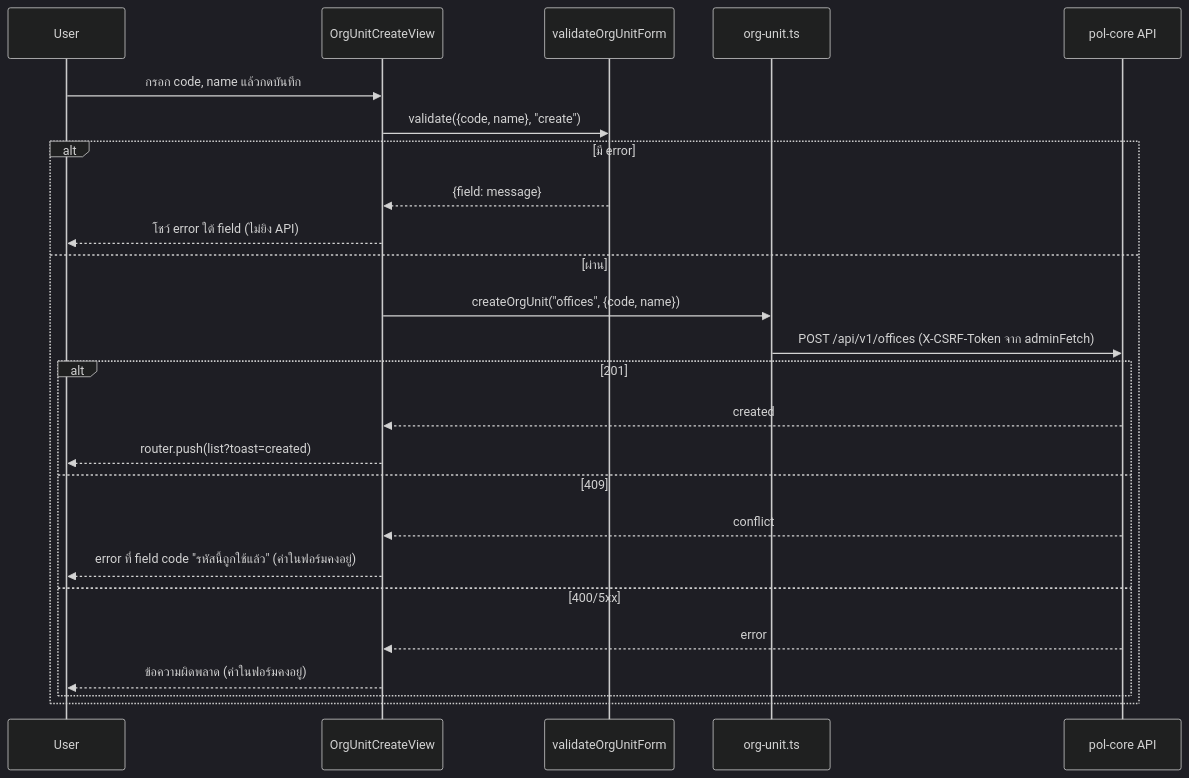
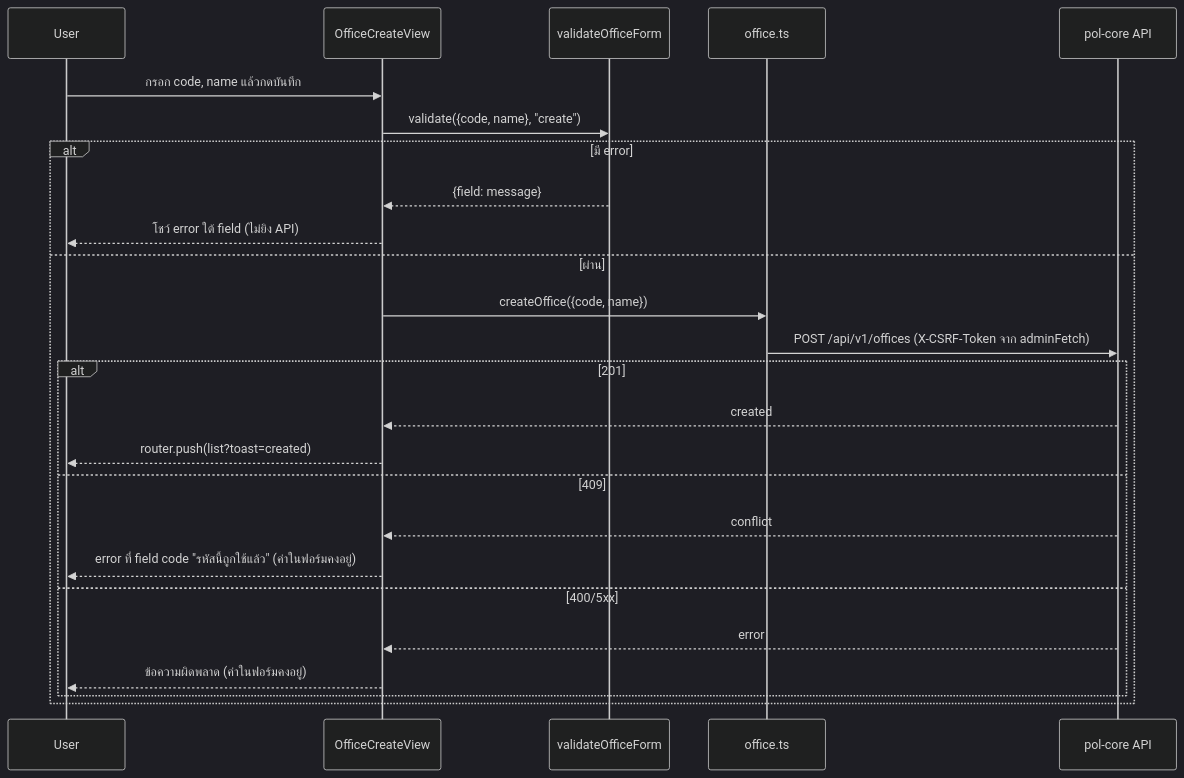
The second of 3 diagrams in .claude/specs/organization-structure/design.md (metrodiesign/pol-admin), drawn with Mermaid (dark theme) before and after one commit. The commit also changed other lines of this file and 2 other files, not shown here.

````diff
--- a/.claude/specs/organization-structure/design.md
+++ b/.claude/specs/organization-structure/design.md
@@ -96,28 +128,28 @@
 ```mermaid
 sequenceDiagram
     participant U as User
-    participant C as OrgUnitCreateView
-    participant F as validateOrgUnitForm
-    participant A as org-unit.ts
+    participant C as OfficeCreateView
+    participant F as validateOfficeForm
+    participant A as office.ts
     participant B as pol-core API
 
     U->>C: กรอก code, name แล้วกดบันทึก
     C->>F: validate({code, name}, "create")
     alt มี error
         F-->>C: {field: message}
         C-->>U: โชว์ error ใต้ field (ไม่ยิง API)
     else ผ่าน
-        C->>A: createOrgUnit("offices", {code, name})
+        C->>A: createOffice({code, name})
         A->>B: POST /api/v1/offices (X-CSRF-Token จาก adminFetch)
         alt 201
             B-->>C: created
             C-->>U: router.push(list?toast=created)
         else 409
             B-->>C: conflict
             C-->>U: error ที่ field code "รหัสนี้ถูกใช้แล้ว" (ค่าในฟอร์มคงอยู่)
         else 400/5xx
             B-->>C: error
             C-->>U: ข้อความผิดพลาด (ค่าในฟอร์มคงอยู่)
         end
     end
 ```
````
